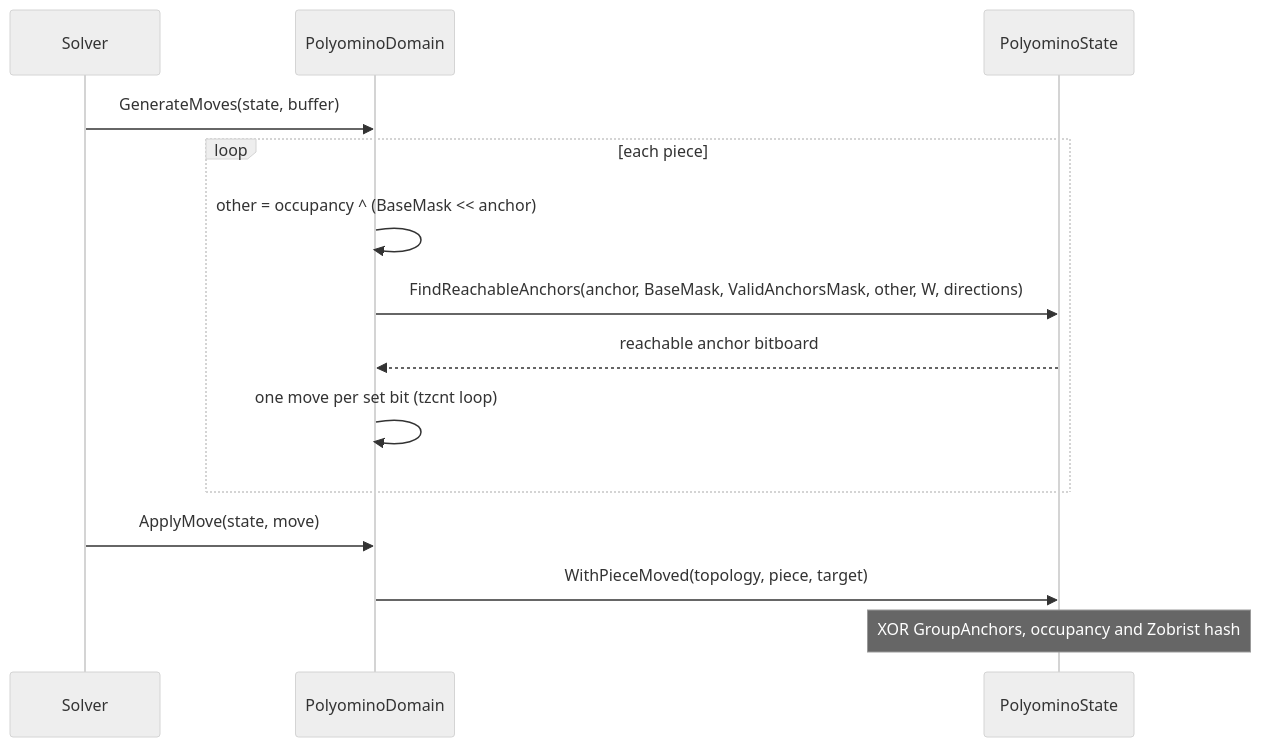
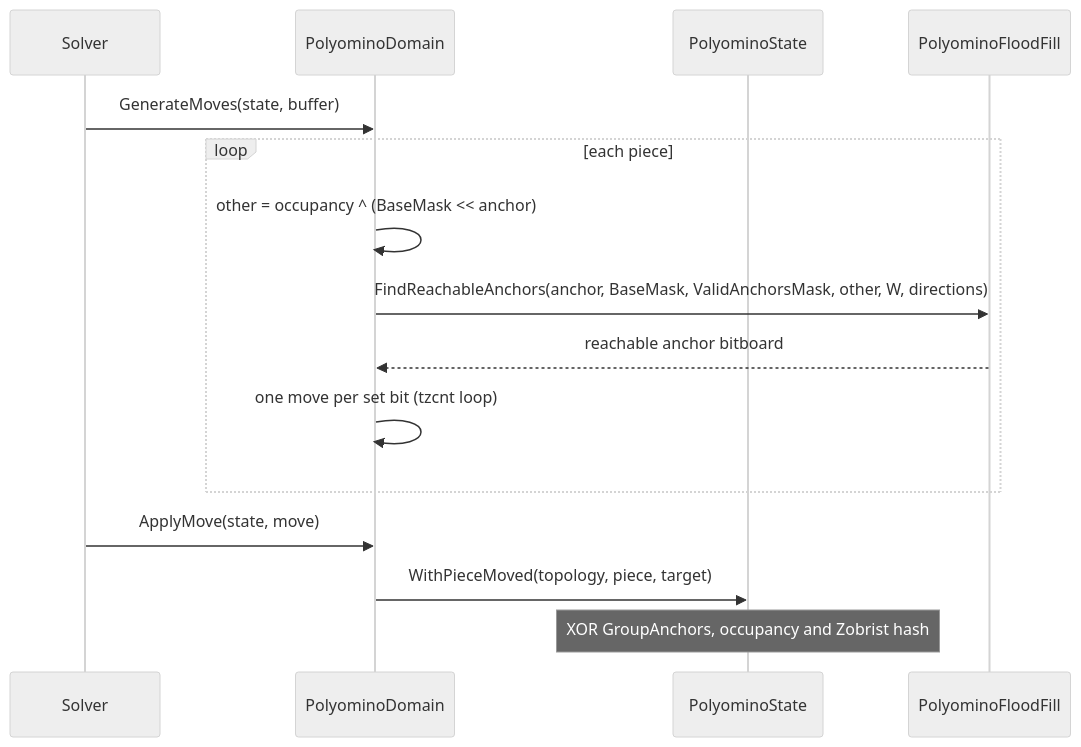
Before and after one commit to th3snark/E2e4.SlidingBlock.Logic: the third of 3 diagrams in docs/05-object-model.md, drawn with Mermaid (neutral theme). The commit also changed 8 other files, not shown here.

First line of the commit message:
Move the polyomino flood fill into its own static class

````diff
--- a/docs/05-object-model.md
+++ b/docs/05-object-model.md
@@ -144,16 +144,17 @@
 ```mermaid
 sequenceDiagram
     participant S as Solver
     participant D as PolyominoDomain
     participant P as PolyominoState
+    participant F as PolyominoFloodFill
     S->>D: GenerateMoves(state, buffer)
     loop each piece
         D->>D: other = occupancy ^ (BaseMask << anchor)
-        D->>P: FindReachableAnchors(anchor, BaseMask, ValidAnchorsMask, other, W, directions)
-        P-->>D: reachable anchor bitboard
+        D->>F: FindReachableAnchors(anchor, BaseMask, ValidAnchorsMask, other, W, directions)
+        F-->>D: reachable anchor bitboard
         D->>D: one move per set bit (tzcnt loop)
     end
     S->>D: ApplyMove(state, move)
     D->>P: WithPieceMoved(topology, piece, target)
     Note over P: XOR GroupAnchors, occupancy and Zobrist hash
 ```
````
